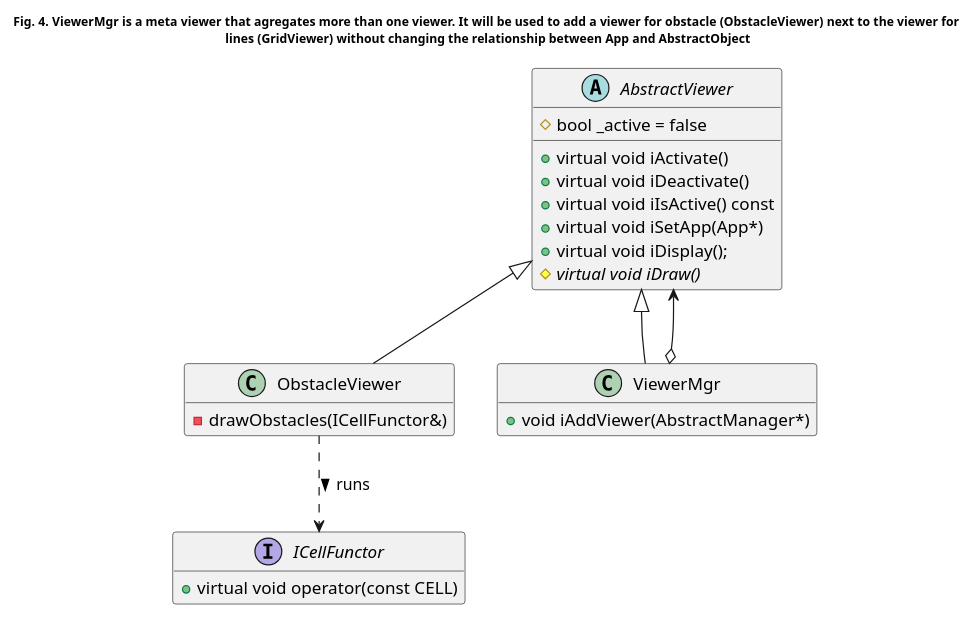
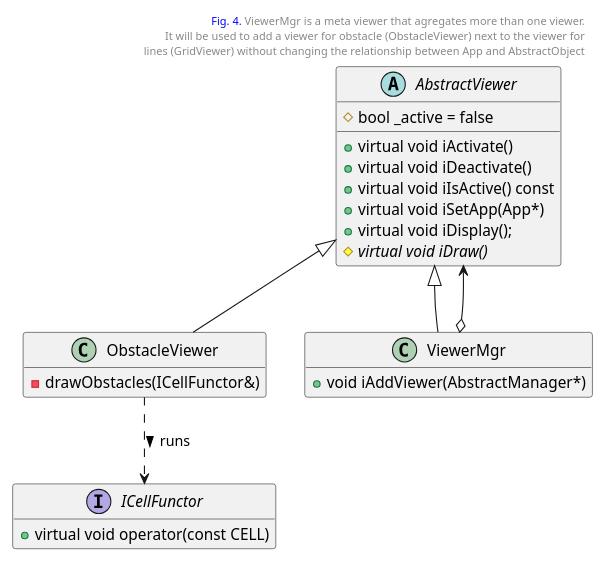
Before and after one commit to kanmeugne/kanmeugne.github.io: the fourth of 4 diagrams in _posts/modsim/2020-10-04-2d-grid-obstacles.md, drawn with PlantUML. The commit also changed other lines of this file, not shown here.

```diff
--- a/_posts/modsim/2020-10-04-2d-grid-obstacles.md
+++ b/_posts/modsim/2020-10-04-2d-grid-obstacles.md
@@ -149,30 +154,32 @@
 {% plantuml %}
 @startuml
-title
-<size:10> Fig. 4. ViewerMgr is a meta viewer that agregates more than one viewer. It will be used to add a viewer for obstacle (ObstacleViewer) next to the viewer for </size>
-<size:10> lines (GridViewer) without changing the relationship between App and AbstractObject</size>
-end title
+header
+<font color=blue>Fig. 4.</font> ViewerMgr is a meta viewer that agregates more than one viewer.
+It will be used to add a viewer for obstacle (ObstacleViewer) next to the viewer for
+lines (GridViewer) without changing the relationship between App and AbstractObject
+end header
+scale 0.9
 interface ICellFunctor {
     + virtual void operator(const CELL)
 }
 abstract class AbstractViewer {
     + virtual void iActivate()
     + virtual void iDeactivate()
     + virtual void iIsActive() const
     + virtual void iSetApp(App*)
     + virtual void iDisplay();
     # {abstract} virtual void iDraw()
     # bool _active = false
 }
 class ObstacleViewer extends AbstractViewer {
     - drawObstacles(ICellFunctor&)
 }
 class ViewerMgr extends AbstractViewer {
     + void iAddViewer(AbstractManager*)
 }
 ViewerMgr o--> AbstractViewer
 ObstacleViewer ..> ICellFunctor : runs >
 hide ObstacleViewer field
 hide ICellFunctor field
 hide ViewerMgr field
 {% endplantuml %}
```
